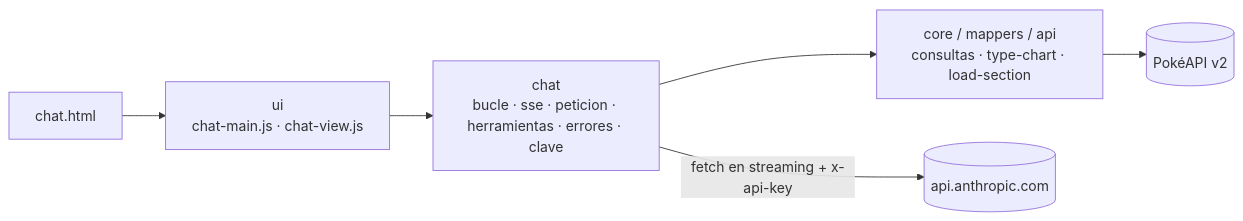
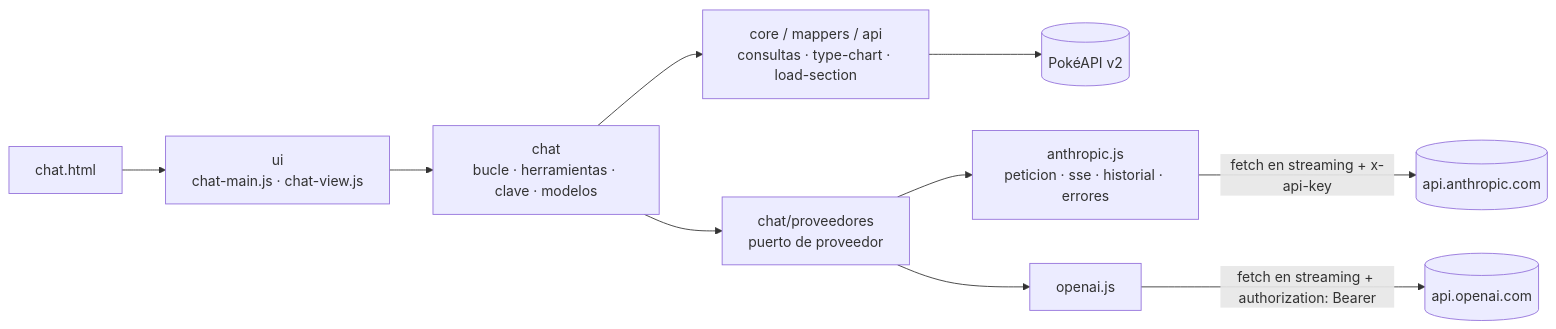
One commit to RenzoRamosDEV/Pokedex-Retro changed the second of 3 diagrams in docs/ARCHITECTURE.md. Above: the diagram before and after it, drawn with Mermaid. The commit also changed other lines of this file and 2 other files, not shown here.

Commit message:
docs: documenta el chat con OpenAI en README y arquitectura

````diff
--- a/docs/ARCHITECTURE.md
+++ b/docs/ARCHITECTURE.md
@@ -28,8 +28,12 @@
 ```mermaid
 flowchart LR
   html["chat.html"] --> ui["ui<br/>chat-main.js · chat-view.js"]
-  ui --> chat["chat<br/>bucle · sse · peticion · herramientas · errores · clave"]
+  ui --> chat["chat<br/>bucle · herramientas · clave · modelos"]
   chat --> core["core / mappers / api<br/>consultas · type-chart · load-section"]
   core --> pokeapi[("PokéAPI v2")]
-  chat -->|fetch en streaming + x-api-key| anthropic[("api.anthropic.com")]
+  chat --> proveedores["chat/proveedores<br/>puerto de proveedor"]
+  proveedores --> adAnthropic["anthropic.js<br/>peticion · sse · historial · errores"]
+  proveedores --> adOpenai["openai.js"]
+  adAnthropic -->|fetch en streaming + x-api-key| anthropic[("api.anthropic.com")]
+  adOpenai -->|fetch en streaming + authorization: Bearer| openai[("api.openai.com")]
 ```
````
